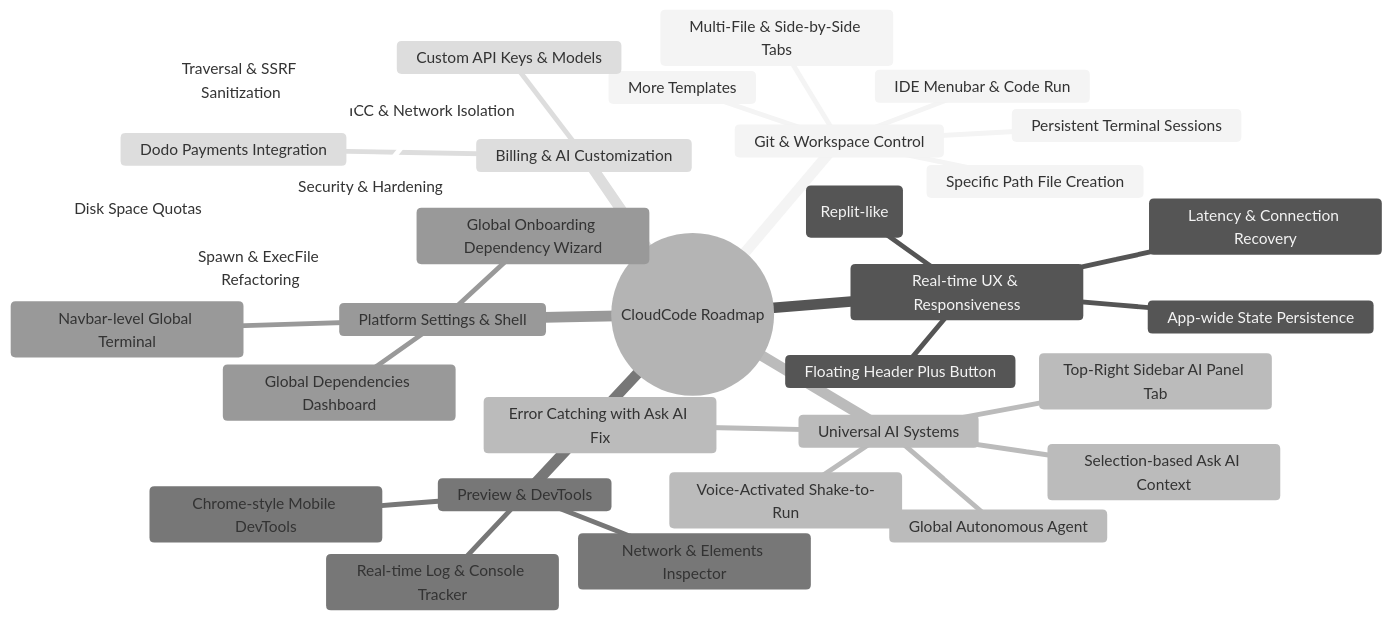
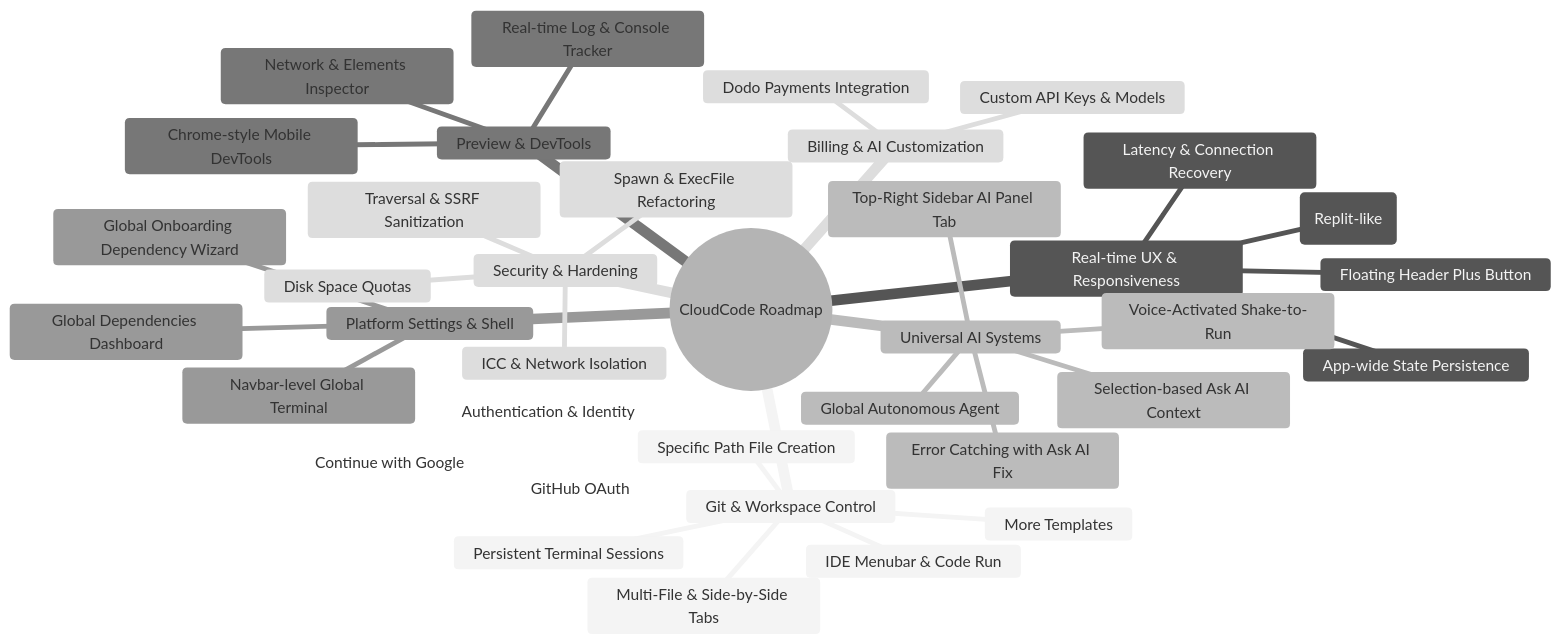
Before and after one commit to Charannsai/cloudcode: the first of 2 diagrams in docs/upcoming_features.md, drawn with Mermaid (neutral theme). The commit also changed other lines of this file, not shown here.

Commit message:
docs: add roadmap documentation for upcoming CloudCode features and architectural improvements

````diff
--- a/docs/upcoming_features.md
+++ b/docs/upcoming_features.md
@@ -9,37 +9,40 @@
 ```mermaid
 mindmap
   root((CloudCode Roadmap))
     Git & Workspace Control
       Persistent Terminal Sessions
       Multi-File & Side-by-Side Tabs
       Specific Path File Creation
       More Templates
       IDE Menubar & Code Run
     Real-time UX & Responsiveness
       App-wide State Persistence
       Floating Header Plus Button
       Latency & Connection Recovery
       Minimalist Glassmorphism (Replit-like)
     Universal AI Systems
       Global Autonomous Agent
       Selection-based Ask AI Context
       Top-Right Sidebar AI Panel Tab
       Error Catching with Ask AI Fix
       Voice-Activated Shake-to-Run
     Preview & DevTools
       Chrome-style Mobile DevTools
       Real-time Log & Console Tracker
       Network & Elements Inspector
     Platform Settings & Shell
       Global Onboarding Dependency Wizard
       Global Dependencies Dashboard
       Navbar-level Global Terminal
     Billing & AI Customization
       Dodo Payments Integration
       Custom API Keys & Models
+    Authentication & Identity
+      Continue with Google
+      GitHub OAuth
     Security & Hardening
       ICC & Network Isolation
       Disk Space Quotas
       Spawn & ExecFile Refactoring
       Traversal & SSRF Sanitization
 ```
````
